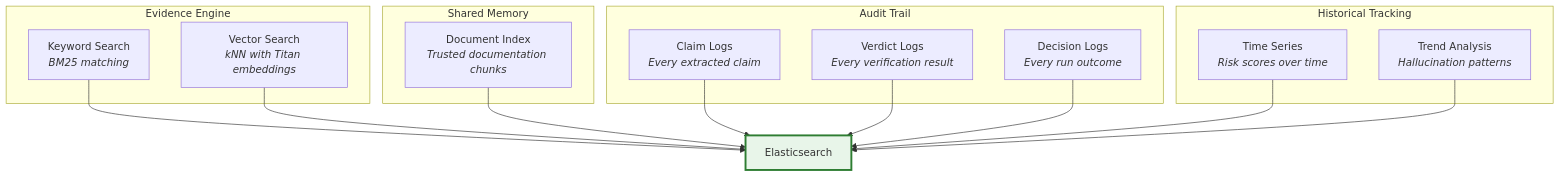
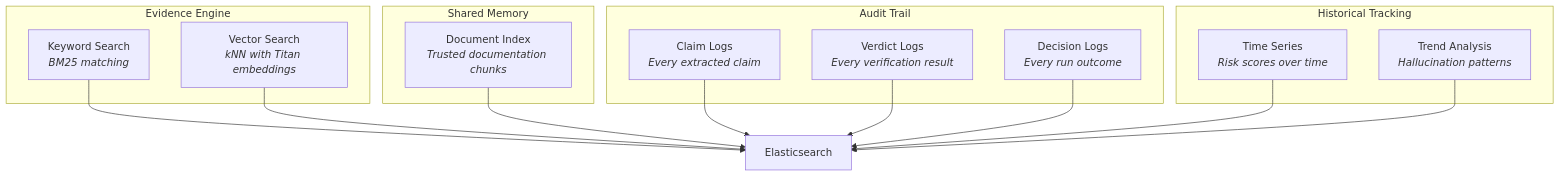
Before and after one commit to kunalsinghdadhwal/symmetrical-broccoli: the sixth of 9 diagrams in docs/ARCHITECTURE.md, drawn with Mermaid. The commit also changed other lines of this file, not shown here.

````diff
--- a/docs/ARCHITECTURE.md
+++ b/docs/ARCHITECTURE.md
@@ -745,35 +713,33 @@
 ```mermaid
 graph TB
     ES[Elasticsearch]
 
     subgraph Evidence Engine
         KW[Keyword Search<br/><i>BM25 matching</i>]
         VS[Vector Search<br/><i>kNN with Titan embeddings</i>]
     end
 
     subgraph Shared Memory
         DI[Document Index<br/><i>Trusted documentation chunks</i>]
     end
 
     subgraph Audit Trail
         CL[Claim Logs<br/><i>Every extracted claim</i>]
         VL[Verdict Logs<br/><i>Every verification result</i>]
         DL[Decision Logs<br/><i>Every run outcome</i>]
     end
 
     subgraph Historical Tracking
         TS[Time Series<br/><i>Risk scores over time</i>]
         TR[Trend Analysis<br/><i>Hallucination patterns</i>]
     end
 
     KW --> ES
     VS --> ES
     DI --> ES
     CL --> ES
     VL --> ES
     DL --> ES
     TS --> ES
     TR --> ES
-
-    style ES fill:#e8f5e9,stroke:#2e7d32,stroke-width:3px
 ```
````
